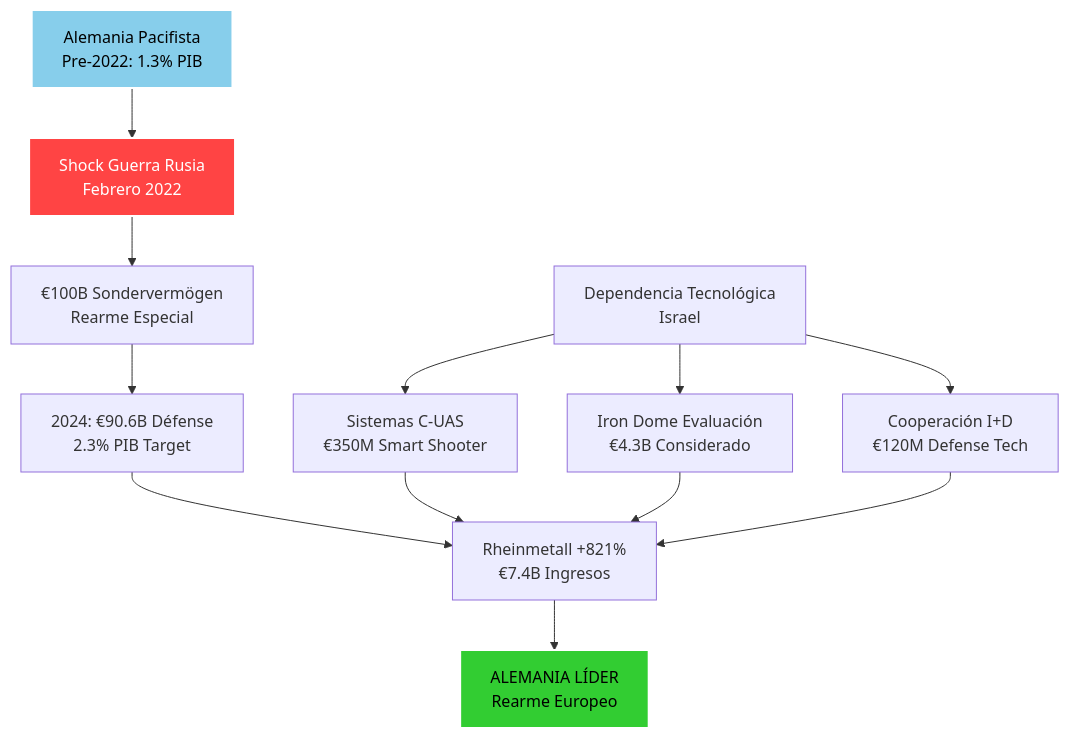
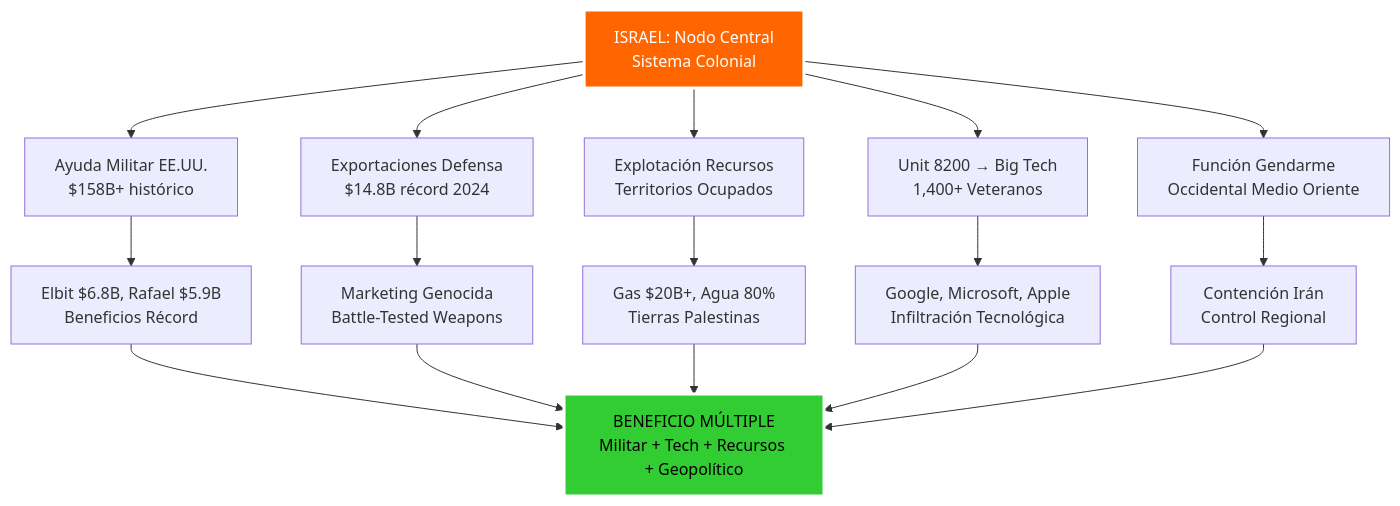
Before and after one commit to perpetuocambio/annotations: diagram 12 of 54 in intel/israel_geopolitical_analysis.md, drawn with Mermaid. The commit also changed other lines of this file, not shown here.

````diff
--- a/intel/israel_geopolitical_analysis.md
+++ b/intel/israel_geopolitical_analysis.md
@@ -554,21 +471,25 @@
 ```mermaid
 flowchart TD
-    A[Alemania Pacifista<br/>Pre-2022: 1.3% PIB] --> B[Shock Guerra Rusia<br/>Febrero 2022]
-    B --> C[€100B Sondervermögen<br/>Rearme Especial]
-    C --> D[2024: €90.6B Défense<br/>2.3% PIB Target]
-
-    E[Dependencia Tecnológica<br/>Israel] --> F[Sistemas C-UAS<br/>€350M Smart Shooter]
-    E --> G[Iron Dome Evaluación<br/>€4.3B Considerado]
-    E --> H[Cooperación I+D<br/>€120M Defense Tech]
-
-    D --> I[Rheinmetall +821%<br/>€7.4B Ingresos]
-    F --> I
-    G --> I
-    H --> I
-
-    I --> J[ALEMANIA LÍDER<br/>Rearme Europeo]
-
-    style A fill:#87ceeb,stroke:#fff,stroke-width:2px,color:#000
-    style B fill:#ff4444,stroke:#fff,stroke-width:2px,color:#fff
-    style J fill:#32cd32,stroke:#fff,stroke-width:2px,color:#000
+    A[ISRAEL: Nodo Central<br/>Sistema Colonial] --> B[Ayuda Militar EE.UU.<br/>$158B+ histórico]
+    A --> C[Exportaciones Defensa<br/>$14.8B récord 2024]
+    A --> D[Explotación Recursos<br/>Territorios Ocupados]
+    
+    B --> E[Elbit $6.8B, Rafael $5.9B<br/>Beneficios Récord]
+    C --> F[Marketing Genocida<br/>Battle-Tested Weapons]
+    D --> G[Gas $20B+, Agua 80%<br/>Tierras Palestinas]
+    
+    A --> H[Unit 8200 → Big Tech<br/>1,400+ Veteranos]
+    H --> I[Google, Microsoft, Apple<br/>Infiltración Tecnológica]
+    
+    A --> J[Función Gendarme<br/>Occidental Medio Oriente]
+    J --> K[Contención Irán<br/>Control Regional]
+    
+    E --> L[BENEFICIO MÚLTIPLE<br/>Militar + Tech + Recursos + Geopolítico]
+    F --> L
+    G --> L
+    I --> L
+    K --> L
+    
+    style A fill:#ff6600,stroke:#fff,stroke-width:3px,color:#fff
+    style L fill:#32cd32,stroke:#fff,stroke-width:3px,color:#000
 ```
````
